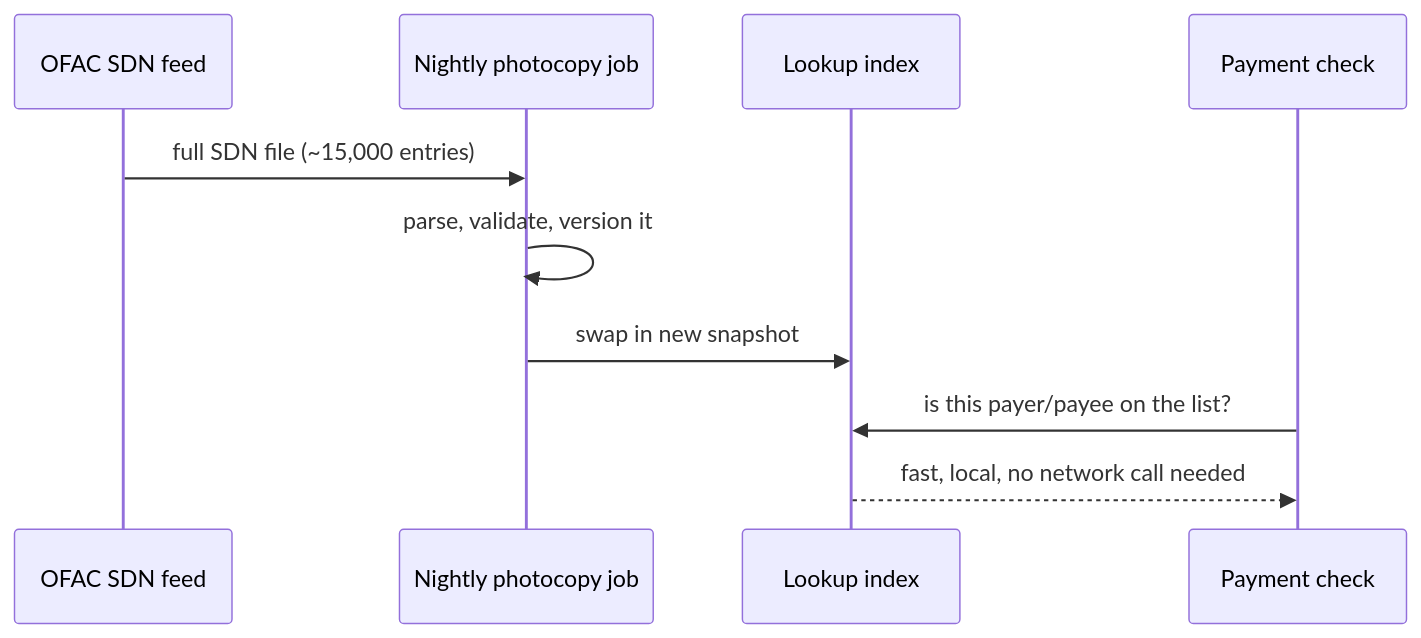
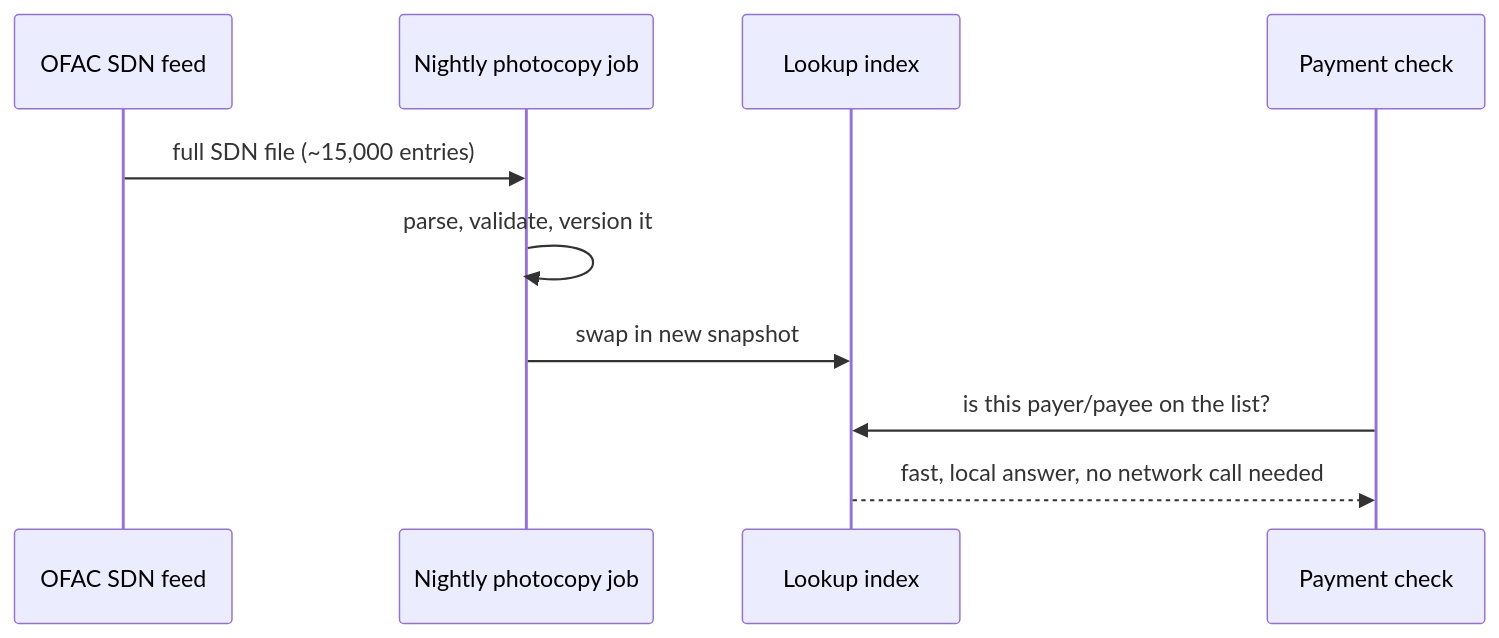
The second of 13 diagrams in system-design/HLD/0-course/51-Multi-Source-Sanctioned-Country-Payment-Blocking-FAANG-Guide-story.md (riyaz-pasha/Learnings), drawn with Mermaid before and after one commit. The commit also changed other lines of this file and 1 other file, not shown here.

Commit message:
[REWRITE] Multi-Source Sanctioned Country Payment Blocking story guide: simplify prose, add structure, fix diagrams

````diff
--- a/system-design/HLD/0-course/51-Multi-Source-Sanctioned-Country-Payment-Blocking-FAANG-Guide-story.md
+++ b/system-design/HLD/0-course/51-Multi-Source-Sanctioned-Country-Payment-Blocking-FAANG-Guide-story.md
@@ -89,13 +119,13 @@
 ```mermaid
 sequenceDiagram
     participant OFAC as OFAC SDN feed
     participant Job as Nightly photocopy job
     participant Idx as Lookup index
     participant Txn as Payment check
 
     OFAC->>Job: full SDN file (~15,000 entries)
     Job->>Job: parse, validate, version it
     Job->>Idx: swap in new snapshot
     Txn->>Idx: is this payer/payee on the list?
-    Idx-->>Txn: fast, local, no network call needed
+    Idx-->>Txn: fast, local answer, no network call needed
 ```
````
